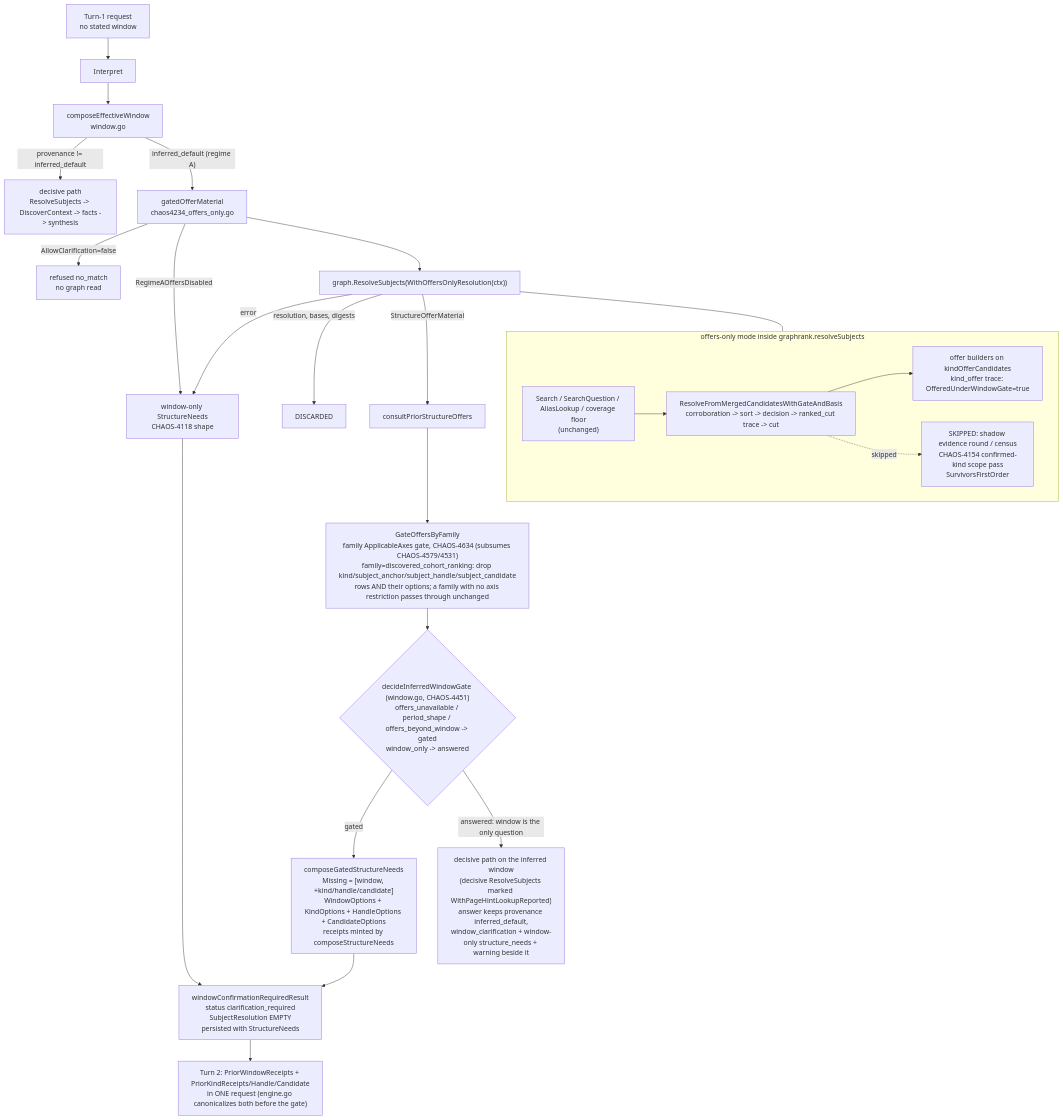
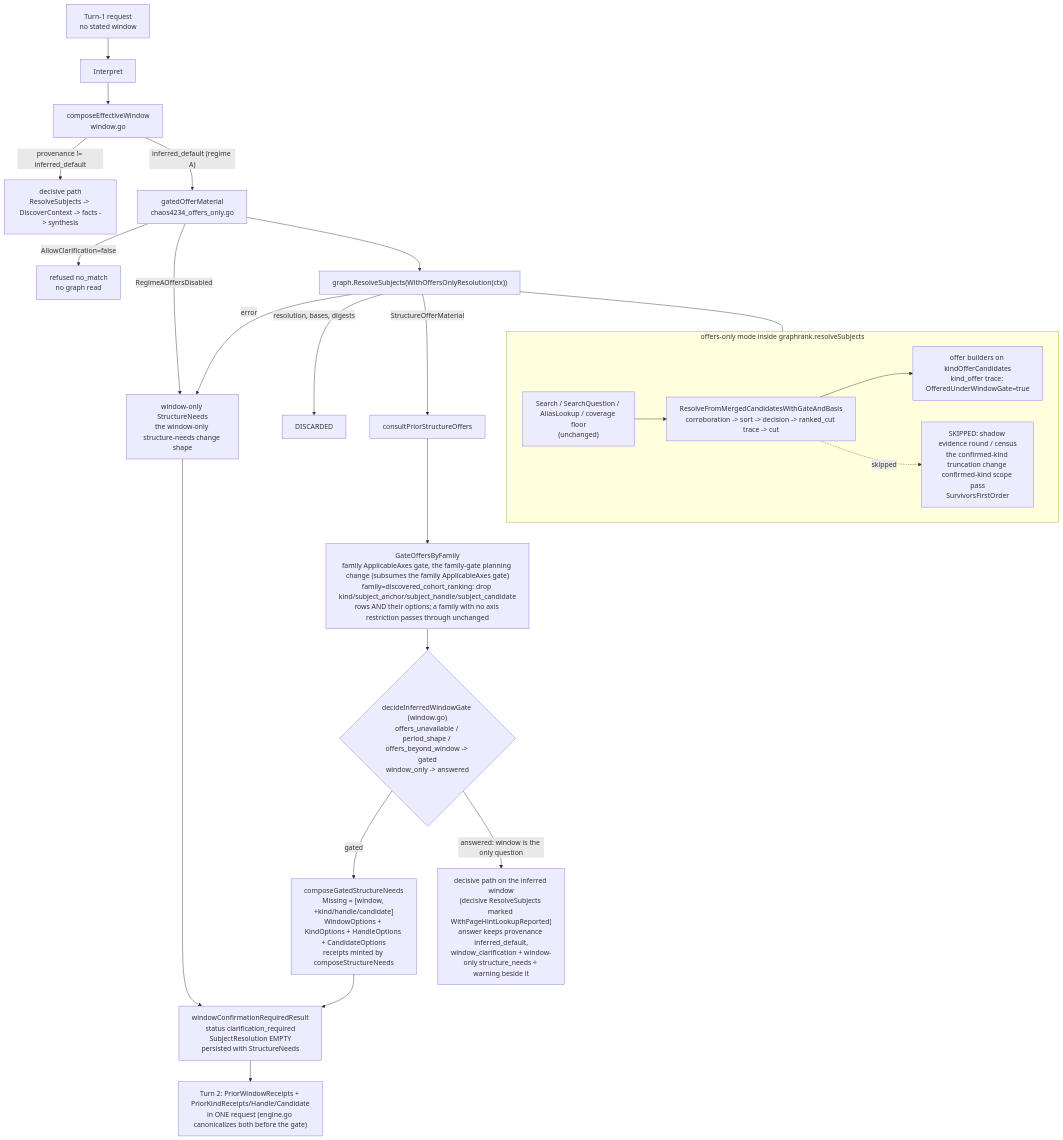
Before and after one commit to full-chaos/dev-health-acr: the diagram in docs/design/context-fabric-regime-a-offers.md, drawn with Mermaid. The commit also changed other lines of this file and 61 other files, not shown here.

````diff
--- a/docs/design/context-fabric-regime-a-offers.md
+++ b/docs/design/context-fabric-regime-a-offers.md
@@ -33,30 +33,30 @@
 ```mermaid
 flowchart TD
     Q[Turn-1 request<br/>no stated window] --> I[Interpret]
     I --> EW[composeEffectiveWindow<br/>window.go]
     EW -- "provenance != inferred_default" --> D[decisive path<br/>ResolveSubjects -> DiscoverContext -> facts -> synthesis]
     EW -- "inferred_default (regime A)" --> G[gatedOfferMaterial<br/>chaos4234_offers_only.go]
     G -- "AllowClarification=false" --> RF[refused no_match<br/>no graph read]
-    G -- "RegimeAOffersDisabled" --> WO[window-only StructureNeeds<br/>CHAOS-4118 shape]
+    G -- "RegimeAOffersDisabled" --> WO[window-only StructureNeeds<br/>the window-only structure-needs change shape]
     G --> RS["graph.ResolveSubjects(WithOffersOnlyResolution(ctx))"]
     RS -- "error" --> WO
     RS -- "resolution, bases, digests" --> X[DISCARDED]
     RS -- "StructureOfferMaterial" --> P[consultPriorStructureOffers]
-    P --> CG["GateOffersByFamily<br/>family ApplicableAxes gate, CHAOS-4634 (subsumes CHAOS-4579/4531)<br/>family=discovered_cohort_ranking: drop kind/subject_anchor/subject_handle/subject_candidate<br/>rows AND their options; a family with no axis restriction passes through unchanged"]
-    CG --> DEC{"decideInferredWindowGate (window.go, CHAOS-4451)<br/>offers_unavailable / period_shape / offers_beyond_window -> gated<br/>window_only -> answered"}
+    P --> CG["GateOffersByFamily<br/>family ApplicableAxes gate, the family-gate planning change (subsumes the family ApplicableAxes gate)<br/>family=discovered_cohort_ranking: drop kind/subject_anchor/subject_handle/subject_candidate<br/>rows AND their options; a family with no axis restriction passes through unchanged"]
+    CG --> DEC{"decideInferredWindowGate (window.go)<br/>offers_unavailable / period_shape / offers_beyond_window -> gated<br/>window_only -> answered"}
     DEC -- "gated" --> C["composeGatedStructureNeeds<br/>Missing = [window, +kind/handle/candidate]<br/>WindowOptions + KindOptions + HandleOptions + CandidateOptions<br/>receipts minted by composeStructureNeeds"]
     DEC -- "answered: window is the only question" --> ANS["decisive path on the inferred window<br/>(decisive ResolveSubjects marked WithPageHintLookupReported)<br/>answer keeps provenance inferred_default,<br/>window_clarification + window-only structure_needs + warning beside it"]
     WO --> R
     C --> R[windowConfirmationRequiredResult<br/>status clarification_required<br/>SubjectResolution EMPTY<br/>persisted with StructureNeeds]
     R --> T2["Turn 2: PriorWindowReceipts + PriorKindReceipts/Handle/Candidate<br/>in ONE request (engine.go canonicalizes both before the gate)"]
 
     subgraph OFFERS_ONLY["offers-only mode inside graphrank.resolveSubjects"]
         S1["Search / SearchQuestion / AliasLookup / coverage floor<br/>(unchanged)"]
         S2["ResolveFromMergedCandidatesWithGateAndBasis<br/>corroboration -> sort -> decision -> ranked_cut trace -> cut"]
-        S3["SKIPPED: shadow evidence round / census<br/>CHAOS-4154 confirmed-kind scope pass<br/>SurvivorsFirstOrder"]
+        S3["SKIPPED: shadow evidence round / census<br/>the confirmed-kind truncation change confirmed-kind scope pass<br/>SurvivorsFirstOrder"]
         S4["offer builders on kindOfferCandidates<br/>kind_offer trace: OfferedUnderWindowGate=true"]
         S1 --> S2 --> S4
         S2 -. "skipped" .-> S3
     end
     RS --- OFFERS_ONLY
 ```
````
